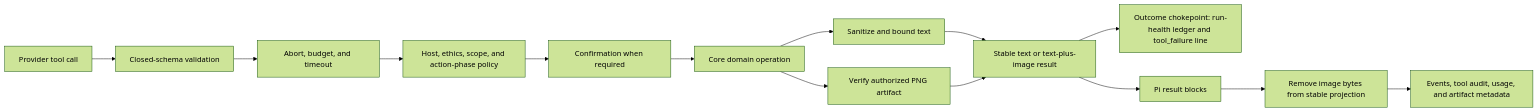
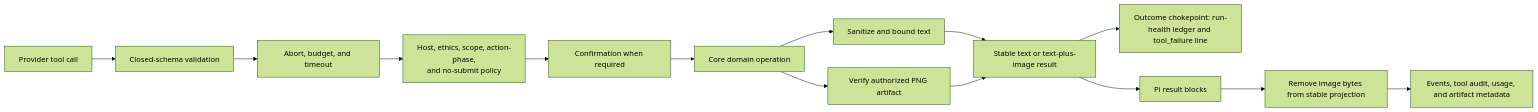
Diagram 11 of 24 in docs/architecture.md (abranjith/yantra), drawn with Mermaid (forest theme) before and after one commit. The commit also changed other lines of this file and 143 other files, not shown here.

````diff
--- a/docs/architecture.md
+++ b/docs/architecture.md
@@ -1137,16 +1152,16 @@
 ```mermaid
 flowchart LR
   Call[Provider tool call] --> Validate[Closed-schema validation]
   Validate --> Budget[Abort, budget, and timeout]
-  Budget --> Policy[Host, ethics, scope, and action-phase policy]
+  Budget --> Policy[Host, ethics, scope, action-phase,<br/>and no-submit policy]
   Policy --> Consent[Confirmation when required]
   Consent --> Domain[Core domain operation]
   Domain --> Sanitize[Sanitize and bound text]
   Domain --> ImageGate[Verify authorized PNG artifact]
   Sanitize --> Result[Stable text or text-plus-image result]
   ImageGate --> Result
   Result --> Outcome[Outcome chokepoint: run-health ledger and tool_failure line]
   Result --> Provider[Pi result blocks]
   Provider --> AuditProjection[Remove image bytes from stable projection]
   AuditProjection --> Audit[Events, tool audit, usage, and artifact metadata]
 ```
````
